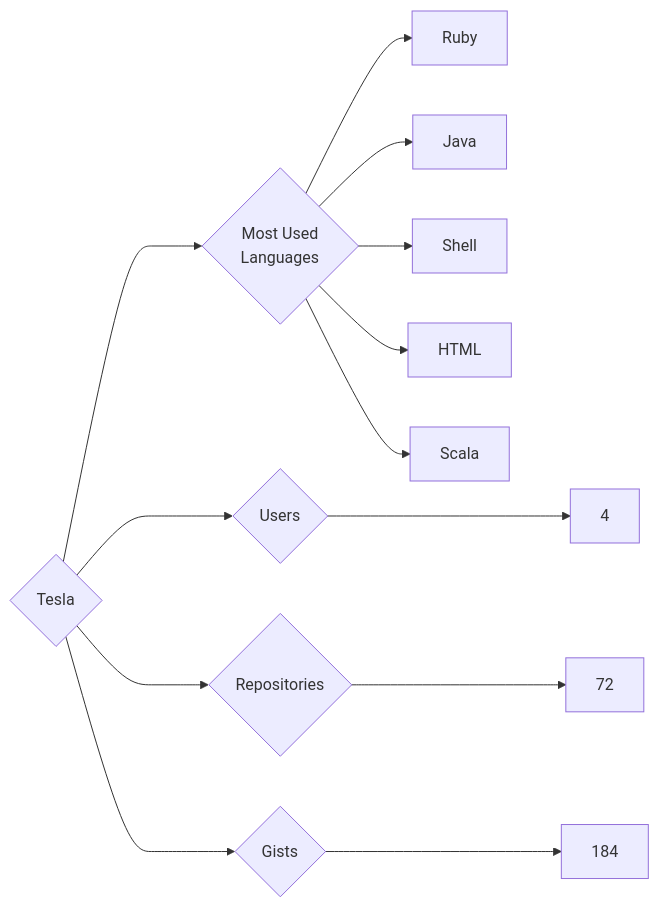
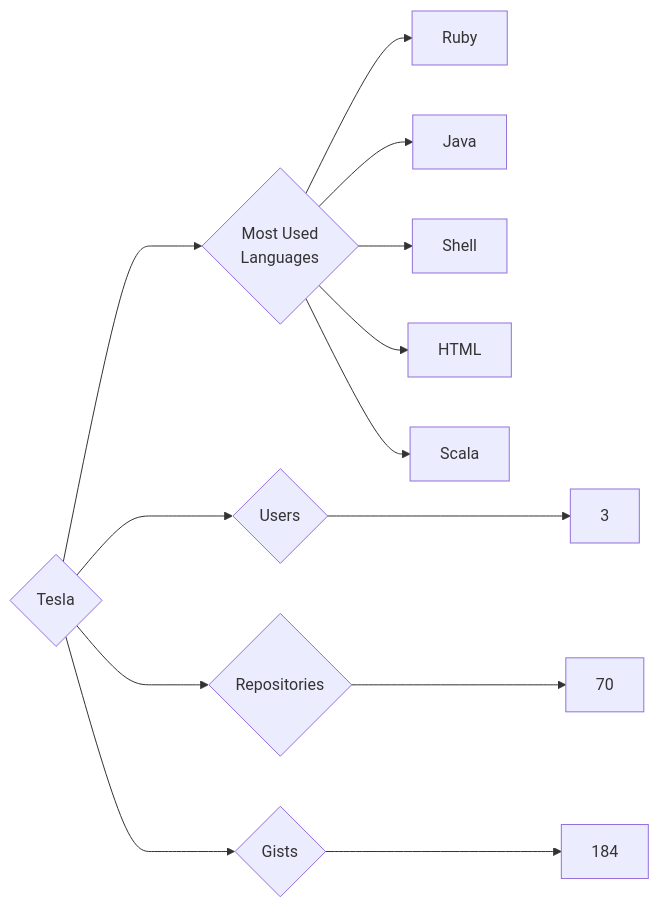
The diagram in targets/Tesla/README.md (trickest/insiders), drawn with Mermaid before and after one commit. The commit also changed 940 other files, not shown here.

````diff
--- a/targets/Tesla/README.md
+++ b/targets/Tesla/README.md
@@ -3,13 +3,13 @@
 ```mermaid
 graph LR
 COMPANY_NAME{Tesla}
-COMPANY_NAME ---> U{Users} ---> UN[4]
-COMPANY_NAME ---> R{Repositories} ---> RN[72]
+COMPANY_NAME ---> U{Users} ---> UN[3]
+COMPANY_NAME ---> R{Repositories} ---> RN[70]
 COMPANY_NAME ---> G{Gists} ---> GN[184]
 COMPANY_NAME ---> ML{Most Used<br>Languages}
 ML --> Ruby[Ruby]
 ML --> Java[Java]
 ML --> Shell[Shell]
 ML --> HTML[HTML]
 ML --> Scala[Scala]
 ```
````
